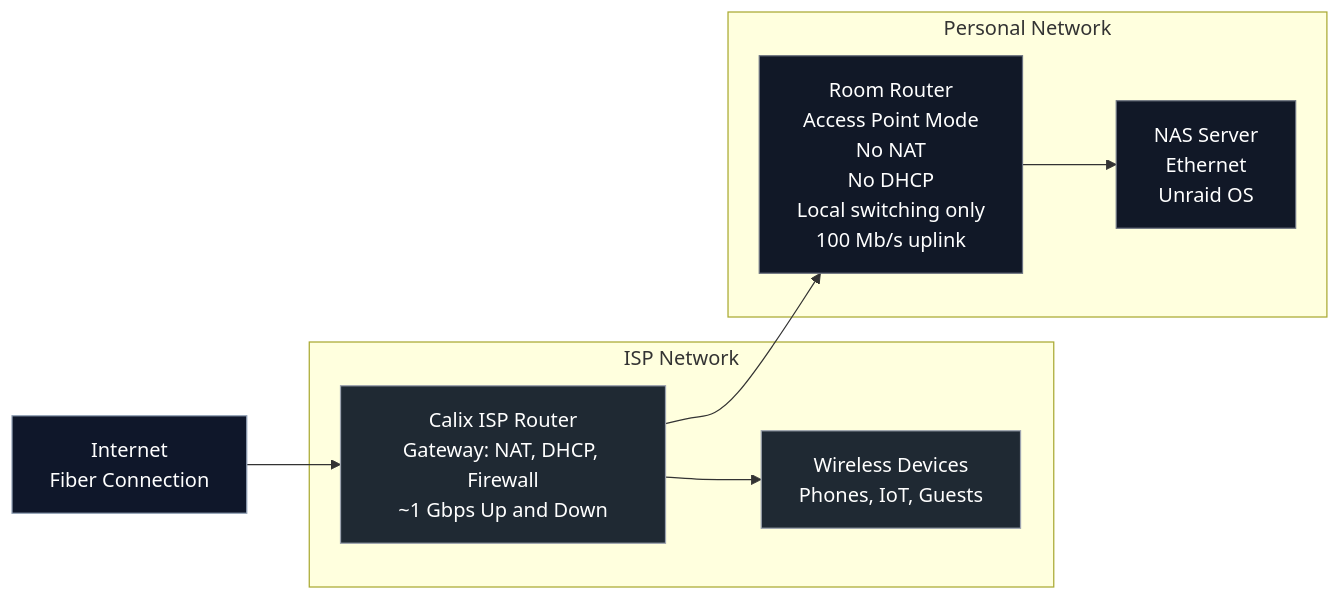
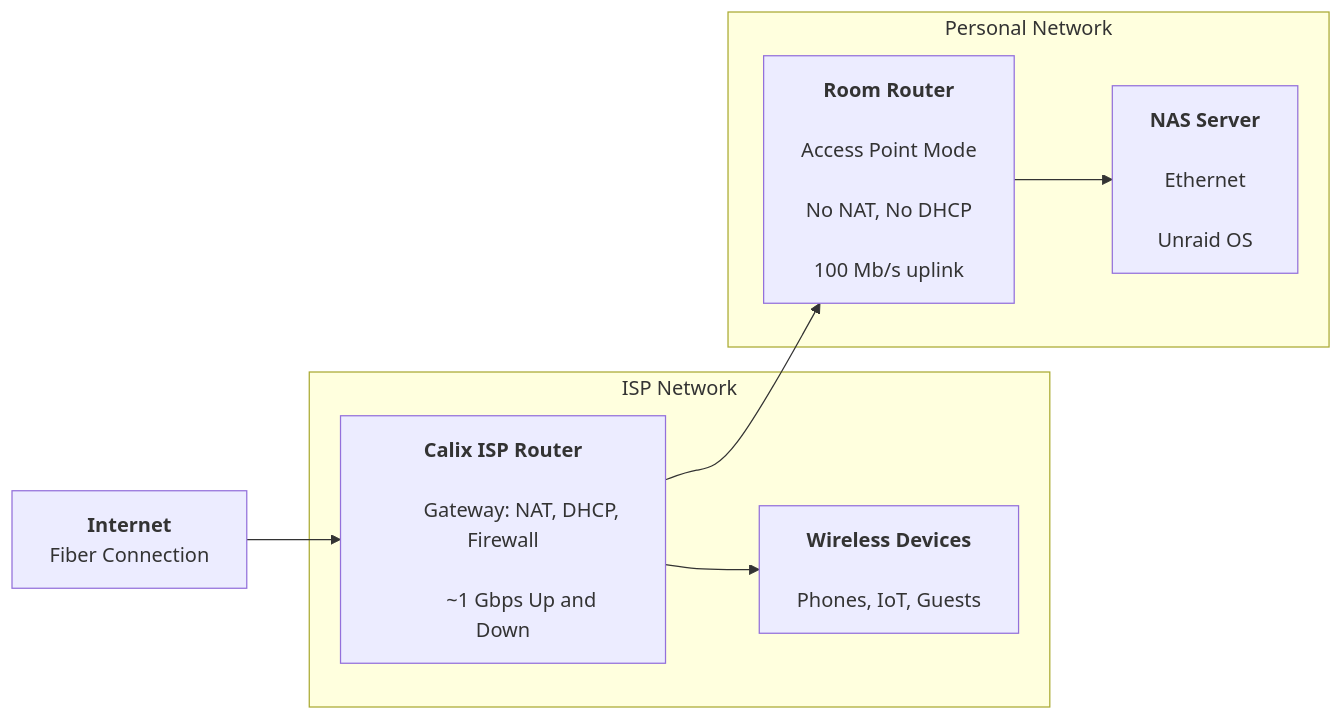
The diagram in docs/overview.md (Grantm14/personal-nas), drawn with Mermaid before and after one commit.

````diff
--- a/docs/overview.md
+++ b/docs/overview.md
@@ -1,32 +1,35 @@
 ```mermaid
 flowchart LR
-    %% Internet
-    Internet[Internet<br/>Fiber Connection]
+    Internet[<b>Internet</b><br/>Fiber Connection]
 
-    %% ISP Network
     subgraph ISP["ISP Network"]
-        Calix[Calix ISP Router<br/>Gateway: NAT, DHCP, Firewall<br/>~1 Gbps Up and Down]
-        Wireless[Wireless Devices<br/>Phones, IoT, Guests]
+        Calix[
+        <b>Calix ISP Router</b><br/>
+        Gateway: NAT, DHCP, Firewall<br/>
+        ~1 Gbps Up and Down
+        ]
+        Wireless[
+        <b>Wireless Devices</b><br/>
+        Phones, IoT, Guests
+        ]
     end
 
-    %% Personal Network
     subgraph Home["Personal Network"]
-        RoomRouter[Room Router<br/>Access Point Mode<br/>No NAT<br/>No DHCP<br/>Local switching only<br/>100 Mb/s uplink]
-        NAS[NAS Server<br/>Ethernet<br/>Unraid OS]
+        RoomRouter[
+        <b>Room Router</b><br/>
+        Access Point Mode<br/>
+        No NAT, No DHCP<br/>
+        100 Mb/s uplink
+        ]
+        NAS[
+        <b>NAS Server</b><br/>
+        Ethernet<br/>
+        Unraid OS
+        ]
     end
 
-    %% Connections
     Internet --> Calix
     Calix --> RoomRouter
     Calix --> Wireless
     RoomRouter --> NAS
-
-    %% Styling
-    classDef isp fill:#1f2933,stroke:#9ca3af,color:#ffffff
-    classDef home fill:#111827,stroke:#6b7280,color:#ffffff
-    classDef edge fill:#0f172a,stroke:#94a3b8,color:#ffffff
-
-    class Calix,Wireless isp
-    class RoomRouter,NAS home
-    class Internet edge
 ```
````
